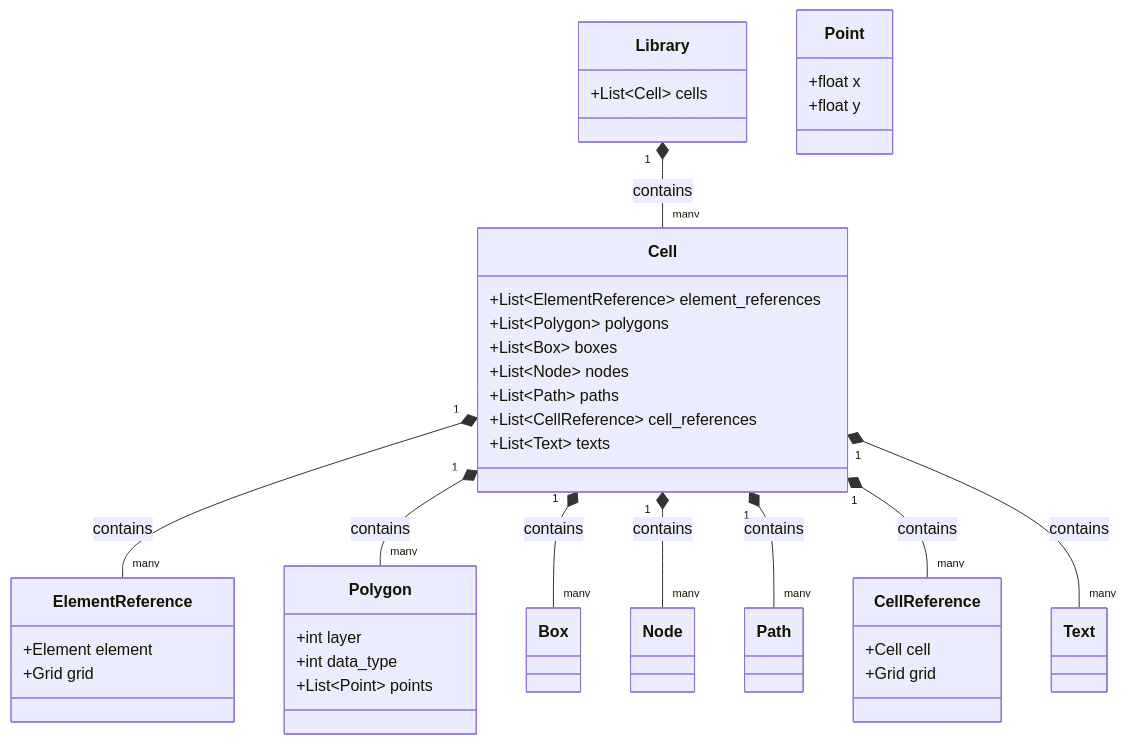
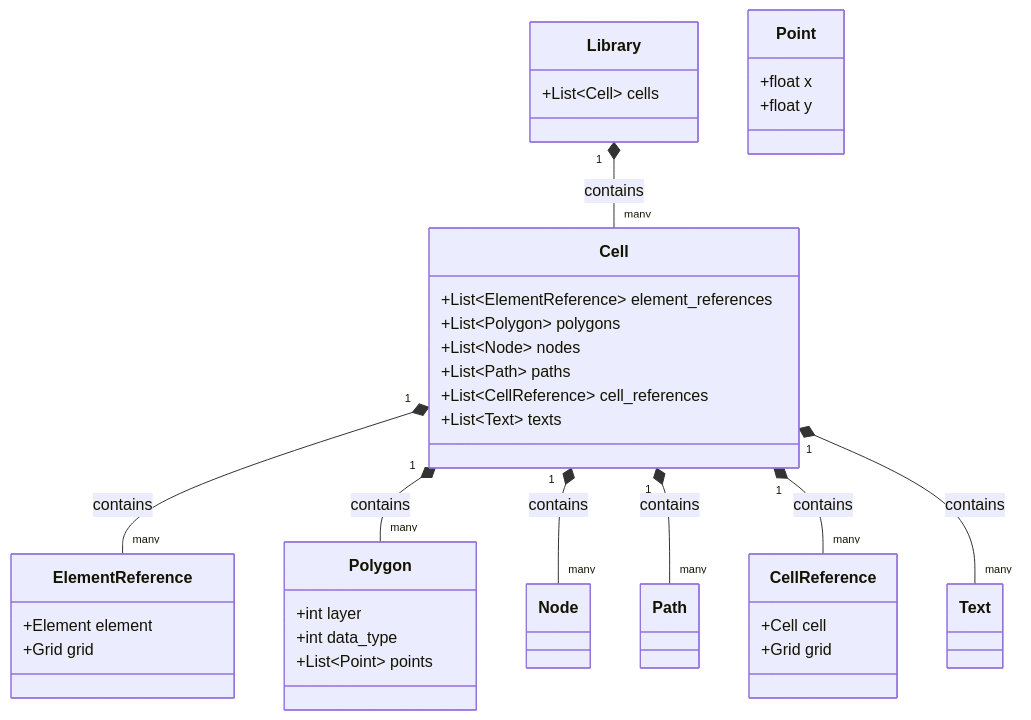
The diagram in docs/development/class_diagrams.md (MatthewMckee4/gdsr), drawn with Mermaid before and after one commit. The commit also changed 58 other files, not shown here.

````diff
--- a/docs/development/class_diagrams.md
+++ b/docs/development/class_diagrams.md
@@ -5,49 +5,46 @@
 ```mermaid
 classDiagram
     class Library {
         +List~Cell~ cells
     }
 
     Library "1" *-- "many" Cell : contains
 
     class Cell {
       +List~ElementReference~ element_references
       +List~Polygon~ polygons
-      +List~Box~ boxes
       +List~Node~ nodes
       +List~Path~ paths
       +List~CellReference~ cell_references
       +List~Text~ texts
     }
 
     class ElementReference {
         +Element element
         +Grid grid
     }
     class Polygon {
         +int layer
         +int data_type
         +List~Point~ points
     }
-    class Box
     class Node
     class Path
     class CellReference {
         +Cell cell
         +Grid grid
     }
     class Text
 
     class Point {
         +float x
         +float y
     }
 
     Cell "1" *-- "many" ElementReference : contains
     Cell "1" *-- "many" Polygon : contains
-    Cell "1" *-- "many" Box : contains
     Cell "1" *-- "many" Node : contains
     Cell "1" *-- "many" Path : contains
     Cell "1" *-- "many" CellReference : contains
     Cell "1" *-- "many" Text : contains
 ```
````
